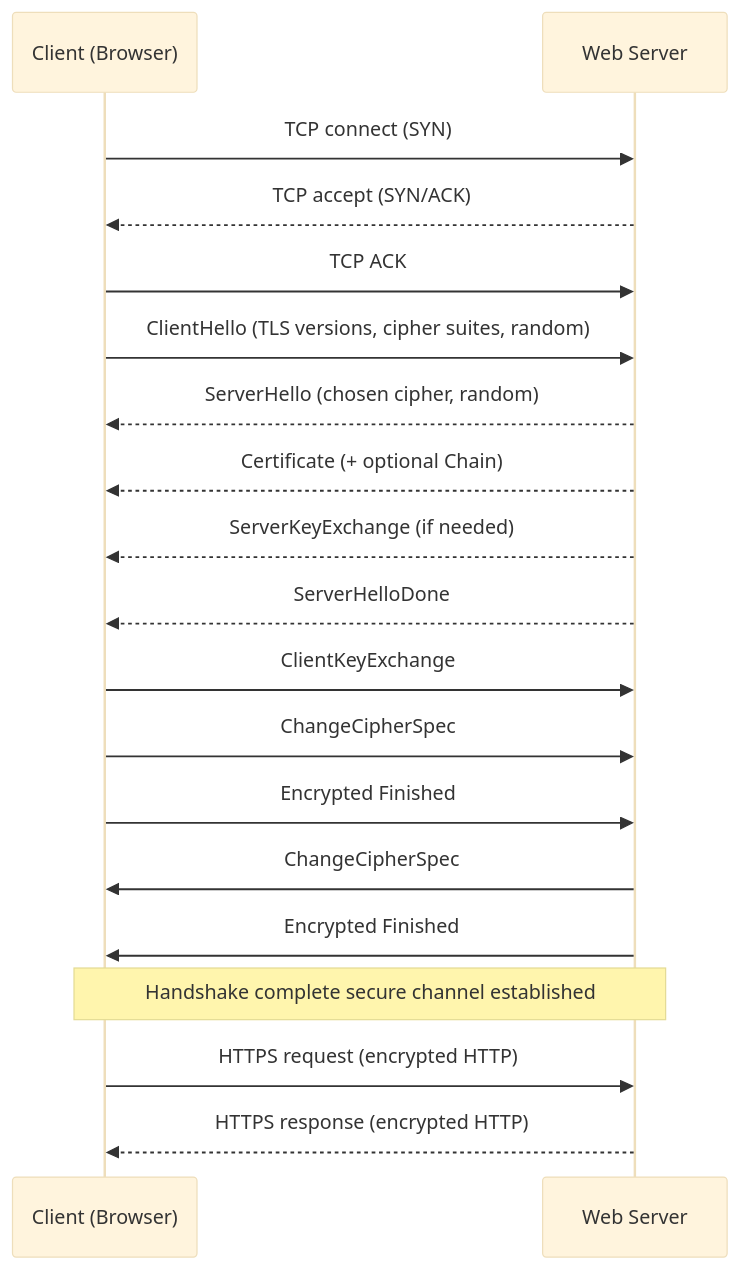
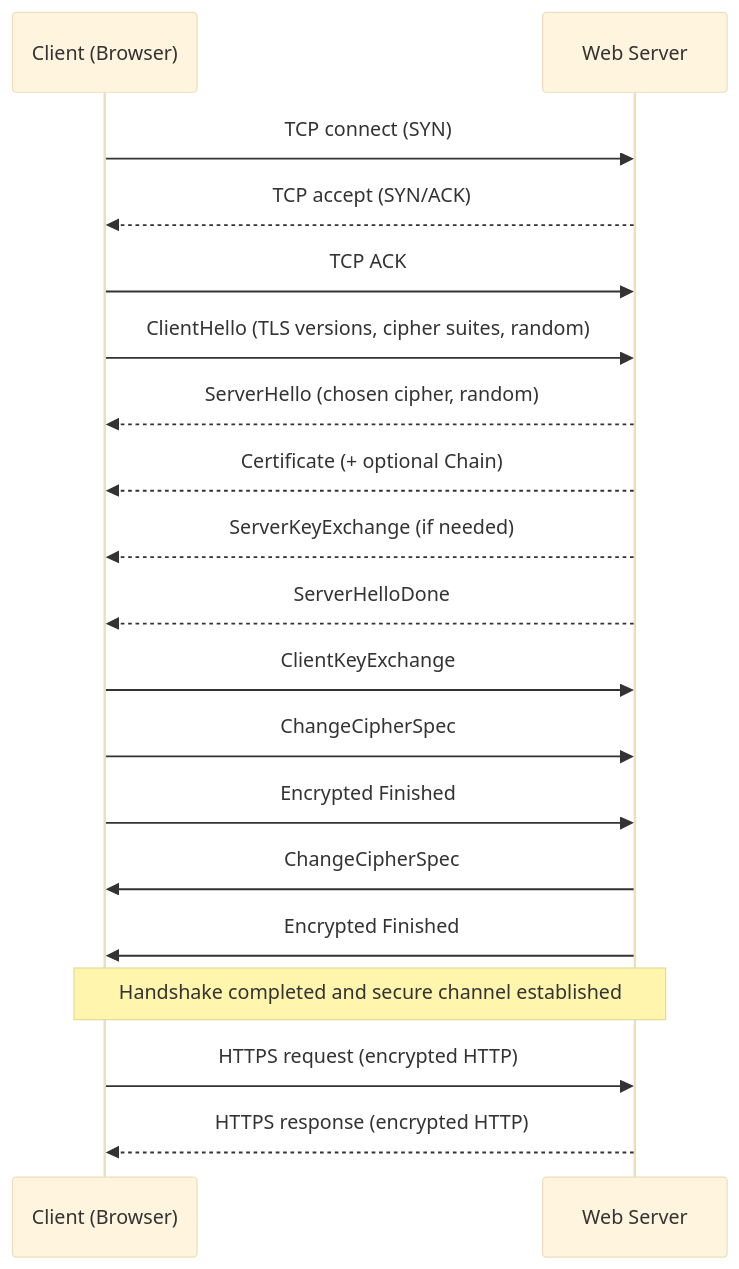
Before and after one commit to faizanmsiddiqui/faizanmsiddiqui.github.io: the first of 2 diagrams in notes/communication-and-networking/hypertext-transfer-protocol/what-is-https/index.mdx, drawn with Mermaid (base theme). The commit also changed other lines of this file and 1 other file, not shown here.

````diff
--- a/notes/communication-and-networking/hypertext-transfer-protocol/what-is-https/index.mdx
+++ b/notes/communication-and-networking/hypertext-transfer-protocol/what-is-https/index.mdx
@@ -41,21 +41,21 @@
 ```mermaid
 sequenceDiagram
     participant Client as Client (Browser)
     participant Server as Web Server
     Client->>Server: TCP connect (SYN)
     Server-->>Client: TCP accept (SYN/ACK)
     Client->>Server: TCP ACK
     Client->>Server: ClientHello (TLS versions, cipher suites, random)
     Server-->>Client: ServerHello (chosen cipher, random)
     Server-->>Client: Certificate (+ optional Chain)
     Server-->>Client: ServerKeyExchange (if needed)
     Server-->>Client: ServerHelloDone
     Client->>Server: ClientKeyExchange
     Client->>Server: ChangeCipherSpec
     Client->>Server: Encrypted Finished
     Server->>Client: ChangeCipherSpec
     Server->>Client: Encrypted Finished
-    Note over Client,Server: Handshake complete secure channel established
+    Note over Client,Server: Handshake completed and secure channel established
     Client->>Server: HTTPS request (encrypted HTTP)
     Server-->>Client: HTTPS response (encrypted HTTP)
 ```
````
